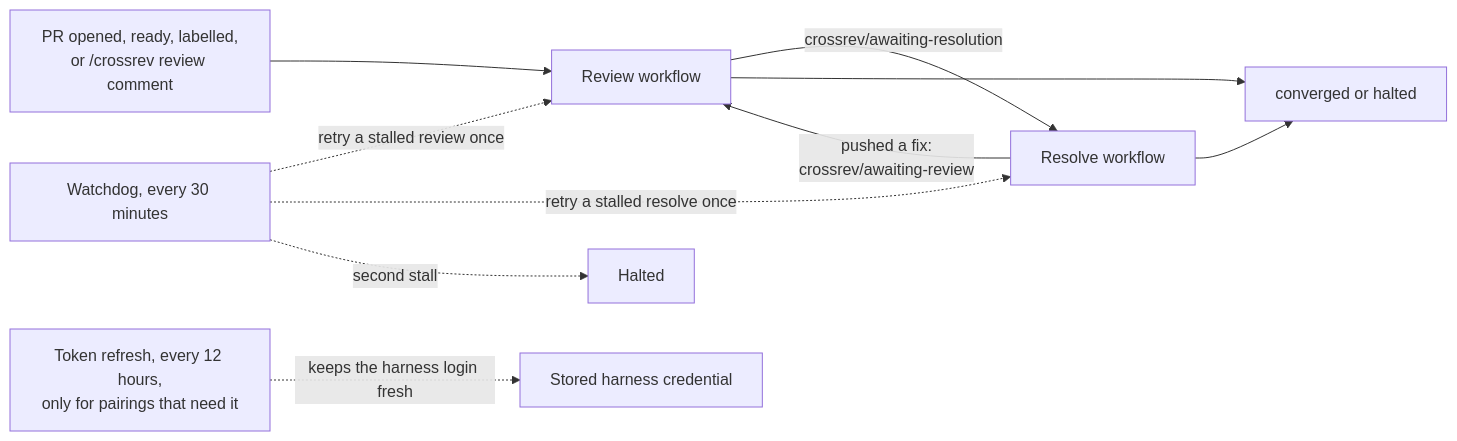
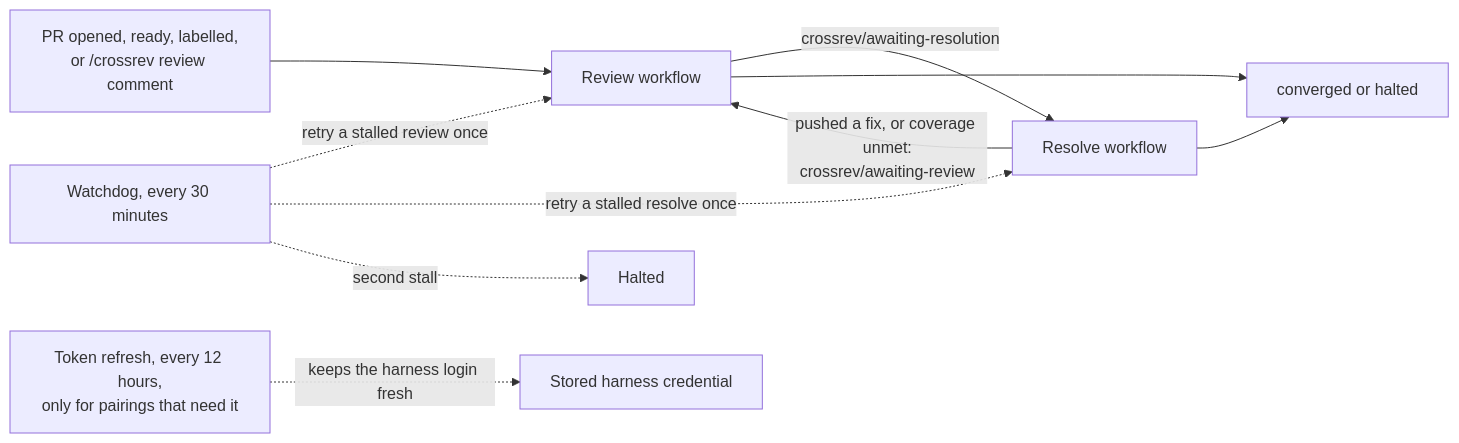
Before and after one commit to carlosboeing/crossrev: the seventh of 7 diagrams in docs/architecture.md, drawn with Mermaid. The commit also changed other lines of this file, not shown here.

Commit message:
docs(architecture): align two diagrams with the corrected text
- Split-file coverage publishes once its last part answers
- No-push resolve with unmet coverage also hands back to review

Claude-Session: https://claude.ai/code/session_016RYRNpjt4FAG7wApTEqhLw

````diff
--- a/docs/architecture.md
+++ b/docs/architecture.md
@@ -368,12 +368,12 @@
 ```mermaid
 flowchart LR
     open["PR opened, ready, labelled,<br/>or /crossrev review comment"] --> rw["Review workflow"]
     rw -->|"crossrev/awaiting-resolution"| sw["Resolve workflow"]
-    sw -->|"pushed a fix:<br/>crossrev/awaiting-review"| rw
+    sw -->|"pushed a fix, or coverage unmet:<br/>crossrev/awaiting-review"| rw
     rw --> end1["converged or halted"]
     sw --> end1
     cron1["Watchdog, every 30 minutes"] -.->|"retry a stalled review once"| rw
     cron1 -.->|"retry a stalled resolve once"| sw
     cron1 -.->|"second stall"| hlt["Halted"]
     cron2["Token refresh, every 12 hours,<br/>only for pairings that need it"] -.->|"keeps the harness login fresh"| cred["Stored harness credential"]
 ```
````
